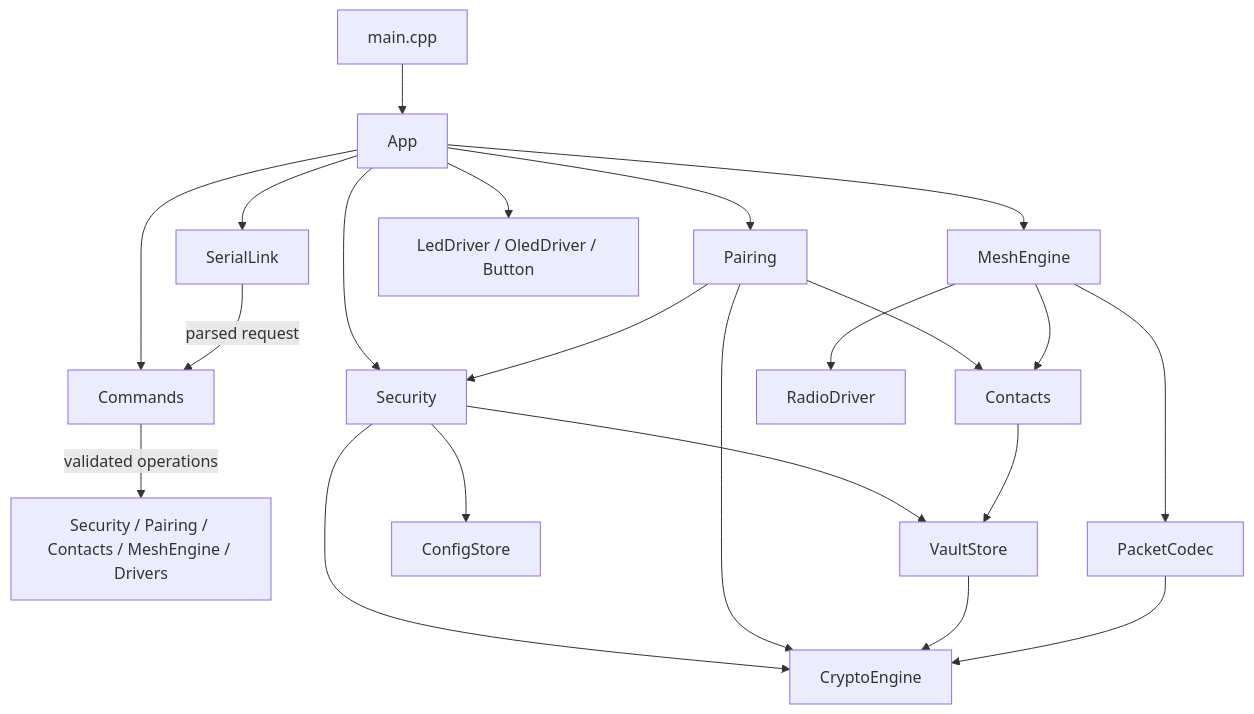
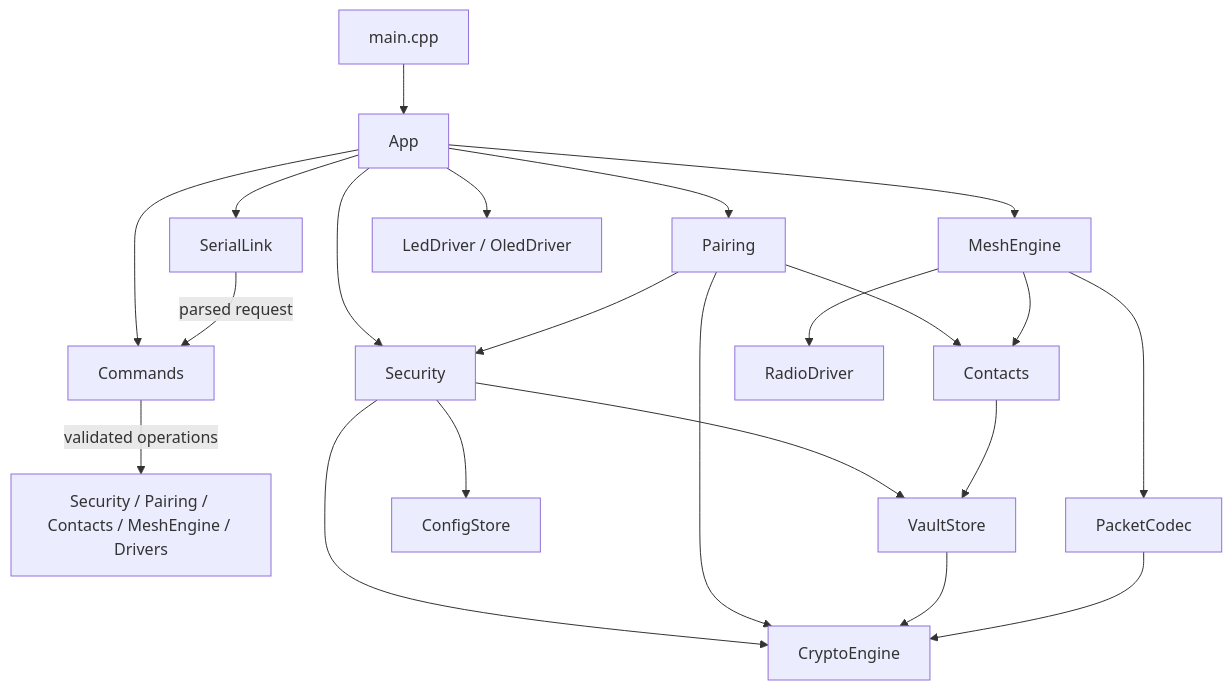
Before and after one commit to OffGridCH/firmware: the diagram in docs/offgrid-firmware-architecture_v1.md, drawn with Mermaid. The commit also changed other lines of this file and 16 other files, not shown here.

````diff
--- a/docs/offgrid-firmware-architecture_v1.md
+++ b/docs/offgrid-firmware-architecture_v1.md
@@ -312,24 +308,24 @@
 ```mermaid
 flowchart TD
     Main[main.cpp] --> App
     App --> SerialLink
     App --> Commands
     App --> Security
     App --> Pairing
     App --> MeshEngine
-    App --> UI[LedDriver / OledDriver / Button]
+    App --> UI[LedDriver / OledDriver]
     SerialLink -->|parsed request| Commands
     Commands -->|validated operations| Domains[Security / Pairing / Contacts / MeshEngine / Drivers]
     Security --> VaultStore
     Security --> ConfigStore
     Security --> CryptoEngine
     Pairing --> Security
     Pairing --> Contacts
     Pairing --> CryptoEngine
     Contacts --> VaultStore
     VaultStore --> CryptoEngine
     MeshEngine --> Contacts
     MeshEngine --> PacketCodec
     MeshEngine --> RadioDriver
     PacketCodec --> CryptoEngine
 ```
````
